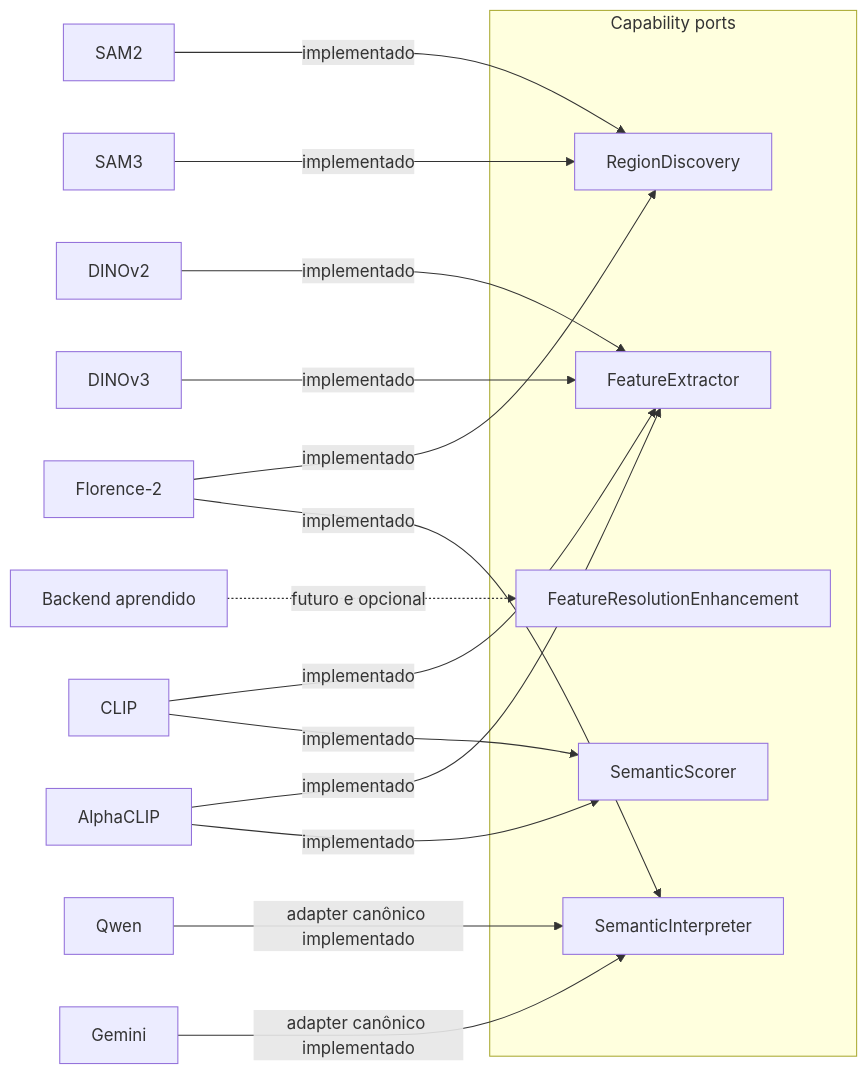
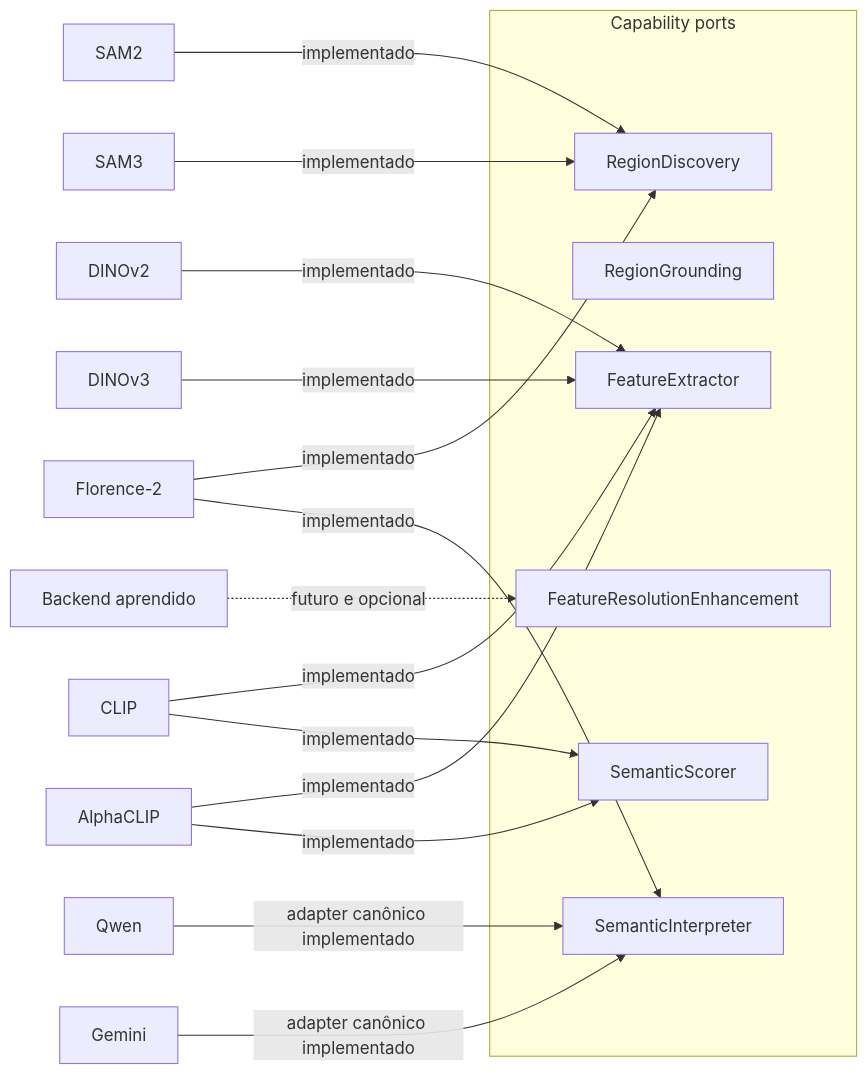
The diagram in src/contextmap/visual_perception/docs/ports.md (Alexandre-Tortoza/contextmap2), drawn with Mermaid before and after one commit. The commit also changed other lines of this file and 11 other files, not shown here.

````diff
--- a/src/contextmap/visual_perception/docs/ports.md
+++ b/src/contextmap/visual_perception/docs/ports.md
@@ -7,24 +7,25 @@
 ```mermaid
 flowchart LR
     subgraph PORTS[Capability ports]
         RD["RegionDiscovery"]
+        RG["RegionGrounding"]
         FE["FeatureExtractor"]
         FRE["FeatureResolutionEnhancement"]
         SI["SemanticInterpreter"]
         SS["SemanticScorer"]
     end
 
     SAM2["SAM2"] -->|implementado| RD
     SAM3["SAM3"] -->|implementado| RD
     F2["Florence-2"] -->|implementado| RD
     F2 -->|implementado| SI
     D2["DINOv2"] -->|implementado| FE
     D3["DINOv3"] -->|implementado| FE
     CLIP["CLIP"] -->|implementado| FE
     CLIP -->|implementado| SS
     ACLIP["AlphaCLIP"] -->|implementado| FE
     ACLIP -->|implementado| SS
     QWEN["Qwen"] -->|adapter canônico implementado| SI
     GEMINI["Gemini"] -->|adapter canônico implementado| SI
     ENH["Backend aprendido"] -. futuro e opcional .-> FRE
 ```
````
